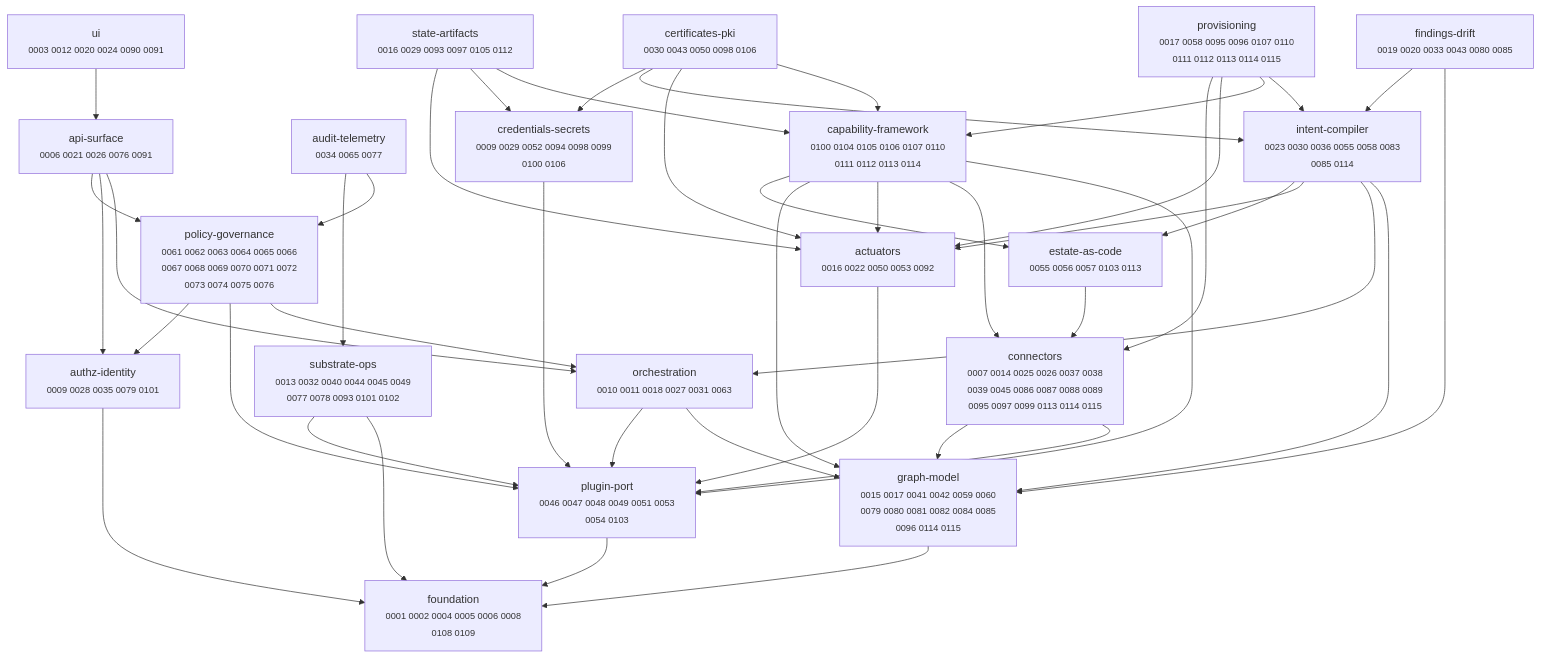
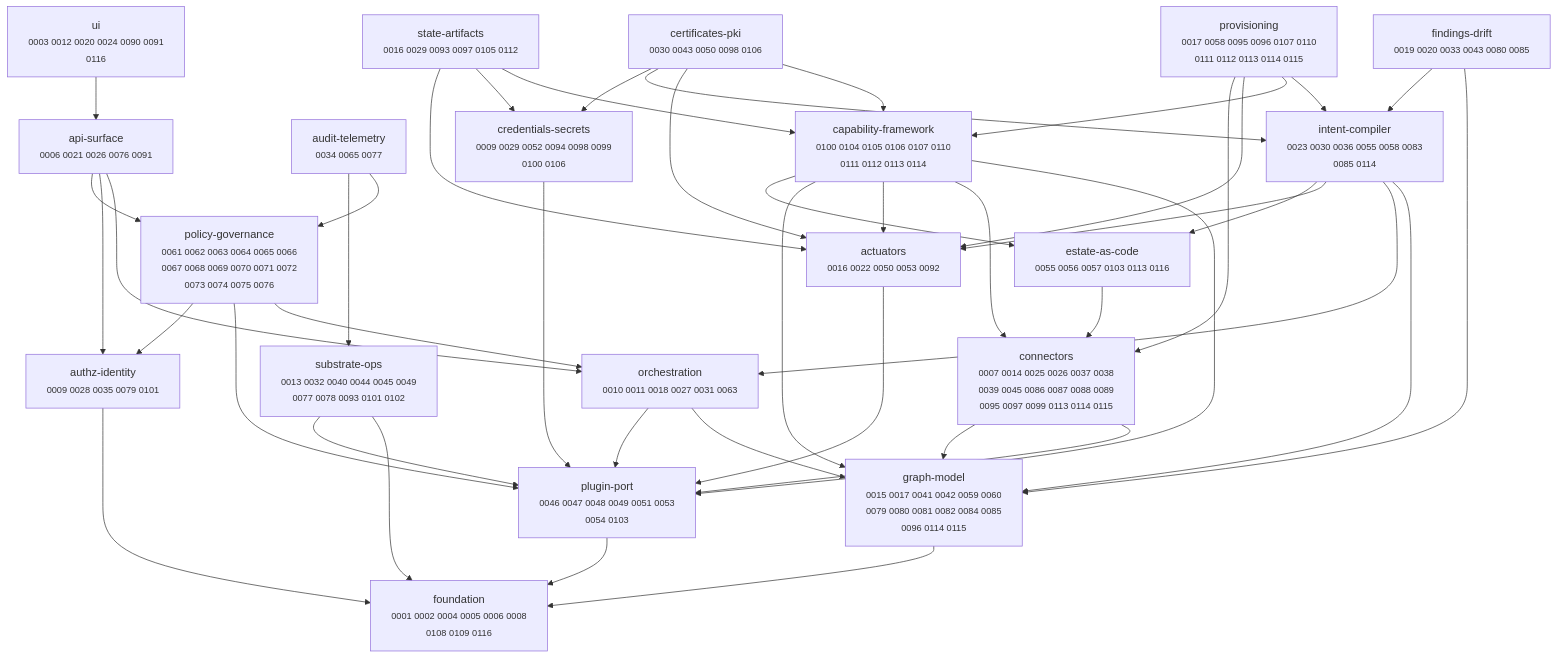
One commit to dstout-devops/stratt changed the diagram in docs/adr/MAP.md. Above: the diagram before and after it, drawn with Mermaid. The commit also changed other lines of this file and 2 other files, not shown here.

First paragraph of the commit message:
docs(adr): ADR-0116 — the demo library (reproducible, narrated, turnkey teaching scenarios)
Establish demos as the start of a teaching library (getting-started / onboarding /
training), starting small to set the pattern before the multi-substrate capstone.

````diff
--- a/docs/adr/MAP.md
+++ b/docs/adr/MAP.md
@@ -11,67 +11,67 @@
 ```mermaid
 graph TD
   actuators["actuators<br/><small>0016 0022 0050 0053 0092</small>"]
   api_surface["api-surface<br/><small>0006 0021 0026 0076 0091</small>"]
   audit_telemetry["audit-telemetry<br/><small>0034 0065 0077</small>"]
   authz_identity["authz-identity<br/><small>0009 0028 0035 0079 0101</small>"]
   capability_framework["capability-framework<br/><small>0100 0104 0105 0106 0107 0110<br/>0111 0112 0113 0114</small>"]
   certificates_pki["certificates-pki<br/><small>0030 0043 0050 0098 0106</small>"]
   connectors["connectors<br/><small>0007 0014 0025 0026 0037 0038<br/>0039 0045 0086 0087 0088 0089<br/>0095 0097 0099 0113 0114 0115</small>"]
   credentials_secrets["credentials-secrets<br/><small>0009 0029 0052 0094 0098 0099<br/>0100 0106</small>"]
-  estate_as_code["estate-as-code<br/><small>0055 0056 0057 0103 0113</small>"]
+  estate_as_code["estate-as-code<br/><small>0055 0056 0057 0103 0113 0116</small>"]
   findings_drift["findings-drift<br/><small>0019 0020 0033 0043 0080 0085</small>"]
-  foundation["foundation<br/><small>0001 0002 0004 0005 0006 0008<br/>0108 0109</small>"]
+  foundation["foundation<br/><small>0001 0002 0004 0005 0006 0008<br/>0108 0109 0116</small>"]
   graph_model["graph-model<br/><small>0015 0017 0041 0042 0059 0060<br/>0079 0080 0081 0082 0084 0085<br/>0096 0114 0115</small>"]
   intent_compiler["intent-compiler<br/><small>0023 0030 0036 0055 0058 0083<br/>0085 0114</small>"]
   orchestration["orchestration<br/><small>0010 0011 0018 0027 0031 0063</small>"]
   plugin_port["plugin-port<br/><small>0046 0047 0048 0049 0051 0053<br/>0054 0103</small>"]
   policy_governance["policy-governance<br/><small>0061 0062 0063 0064 0065 0066<br/>0067 0068 0069 0070 0071 0072<br/>0073 0074 0075 0076</small>"]
   provisioning["provisioning<br/><small>0017 0058 0095 0096 0107 0110<br/>0111 0112 0113 0114 0115</small>"]
   state_artifacts["state-artifacts<br/><small>0016 0029 0093 0097 0105 0112</small>"]
   substrate_ops["substrate-ops<br/><small>0013 0032 0040 0044 0045 0049<br/>0077 0078 0093 0101 0102</small>"]
-  ui["ui<br/><small>0003 0012 0020 0024 0090 0091</small>"]
+  ui["ui<br/><small>0003 0012 0020 0024 0090 0091<br/>0116</small>"]
 
   actuators --> plugin_port
   api_surface --> orchestration
   api_surface --> authz_identity
   api_surface --> policy_governance
   audit_telemetry --> policy_governance
   audit_telemetry --> substrate_ops
   authz_identity --> foundation
   capability_framework --> plugin_port
   capability_framework --> connectors
   capability_framework --> actuators
   capability_framework --> graph_model
   capability_framework --> estate_as_code
   certificates_pki --> capability_framework
   certificates_pki --> actuators
   certificates_pki --> intent_compiler
   certificates_pki --> credentials_secrets
   connectors --> plugin_port
   connectors --> graph_model
   credentials_secrets --> plugin_port
   estate_as_code --> connectors
   findings_drift --> graph_model
   findings_drift --> intent_compiler
   graph_model --> foundation
   intent_compiler --> graph_model
   intent_compiler --> orchestration
   intent_compiler --> actuators
   intent_compiler --> estate_as_code
   orchestration --> graph_model
   orchestration --> plugin_port
   plugin_port --> foundation
   policy_governance --> orchestration
   policy_governance --> plugin_port
   policy_governance --> authz_identity
   provisioning --> intent_compiler
   provisioning --> capability_framework
   provisioning --> actuators
   provisioning --> connectors
   state_artifacts --> capability_framework
   state_artifacts --> credentials_secrets
   state_artifacts --> actuators
   substrate_ops --> foundation
   substrate_ops --> plugin_port
   ui --> api_surface
 ```
````
